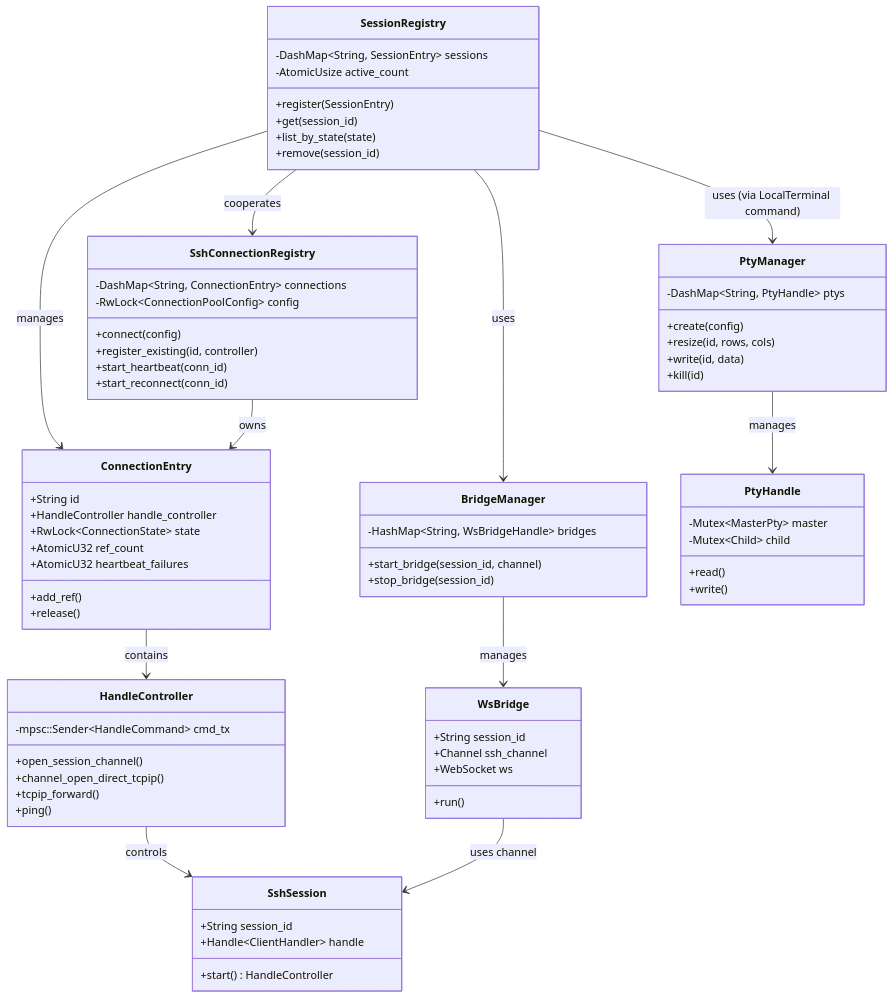
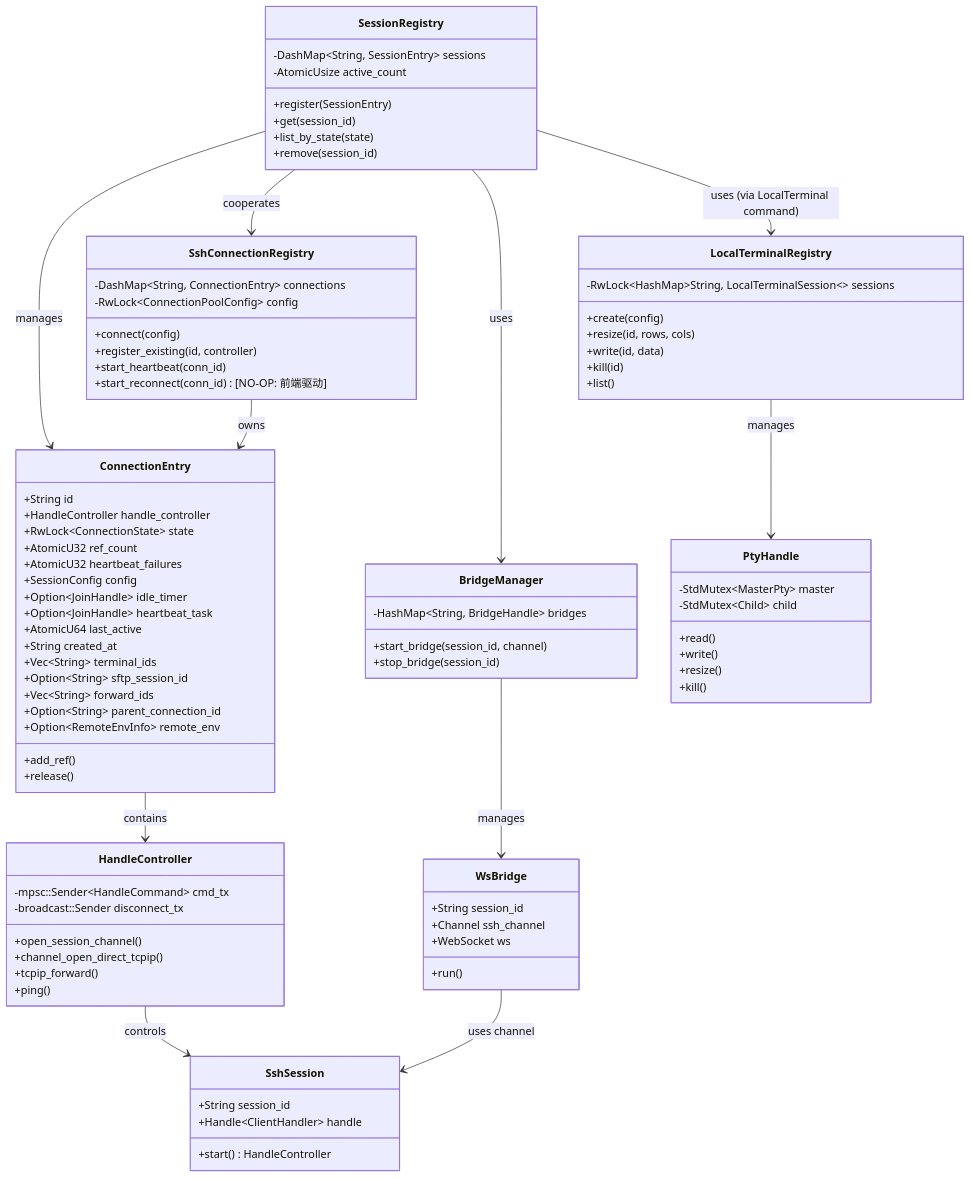
Before and after one commit to AnalyseDeCircuit/OxideTerm: the second of 19 diagrams in docs/ARCHITECTURE.md, drawn with Mermaid. The commit also changed other lines of this file and 3 other files, not shown here.

````diff
--- a/docs/ARCHITECTURE.md
+++ b/docs/ARCHITECTURE.md
@@ -299,46 +302,57 @@
         +list_by_state(state)
         +remove(session_id)
     }
-    
+
     class SshConnectionRegistry {
         -DashMap~String, ConnectionEntry~ connections
         -RwLock~ConnectionPoolConfig~ config
         +connect(config)
         +register_existing(id, controller)
         +start_heartbeat(conn_id)
-        +start_reconnect(conn_id)
+        +start_reconnect(conn_id) [NO-OP: 前端驱动]
     }
-    
+
     class ConnectionEntry {
         +String id
         +HandleController handle_controller
         +RwLock~ConnectionState~ state
         +AtomicU32 ref_count
         +AtomicU32 heartbeat_failures
+        +SessionConfig config
+        +Option~JoinHandle~ idle_timer
+        +Option~JoinHandle~ heartbeat_task
+        +AtomicU64 last_active
+        +String created_at
+        +Vec~String~ terminal_ids
+        +Option~String~ sftp_session_id
+        +Vec~String~ forward_ids
+        +Option~String~ parent_connection_id
+        +Option~RemoteEnvInfo~ remote_env
         +add_ref()
         +release()
     }
-    
+
     class HandleController {
         -mpsc::Sender~HandleCommand~ cmd_tx
+        -broadcast::Sender disconnect_tx
         +open_session_channel()
         +channel_open_direct_tcpip()
         +tcpip_forward()
         +ping()
     }
-    
+
     class SshSession {
         +String session_id
         +Handle~ClientHandler~ handle
         +start() HandleController
     }
-    
+
     class BridgeManager {
-        -HashMap~String, WsBridgeHandle~ bridges
+        -HashMap~String, BridgeHandle~ bridges
         +start_bridge(session_id, channel)
         +stop_bridge(session_id)
     }
-    
+
     class WsBridge {
         +String session_id
         +Channel ssh_channel
@@ -346,31 +360,34 @@
         +run()
     }
 
-    class PtyManager {
-        -DashMap~String, PtyHandle~ ptys
+    class LocalTerminalRegistry {
+        -RwLock~HashMap~String, LocalTerminalSession~~ sessions
         +create(config)
         +resize(id, rows, cols)
         +write(id, data)
         +kill(id)
+        +list()
     }
 
     class PtyHandle {
-        -Mutex~MasterPty~ master
-        -Mutex~Child~ child
+        -StdMutex~MasterPty~ master
+        -StdMutex~Child~ child
         +read()
         +write()
+        +resize()
+        +kill()
     }
-    
+
     SessionRegistry --> ConnectionEntry : manages
     SshConnectionRegistry --> ConnectionEntry : owns
     ConnectionEntry --> HandleController : contains
     HandleController --> SshSession : controls
     BridgeManager --> WsBridge : manages
     WsBridge --> SshSession : uses channel
-    PtyManager --> PtyHandle : manages
-    
+    LocalTerminalRegistry --> PtyHandle : manages
+
     SessionRegistry --> SshConnectionRegistry : cooperates
     SessionRegistry --> BridgeManager : uses
-    SessionRegistry --> PtyManager : uses (via LocalTerminal command)
+    SessionRegistry --> LocalTerminalRegistry : uses (via LocalTerminal command)
 
 ```
````
